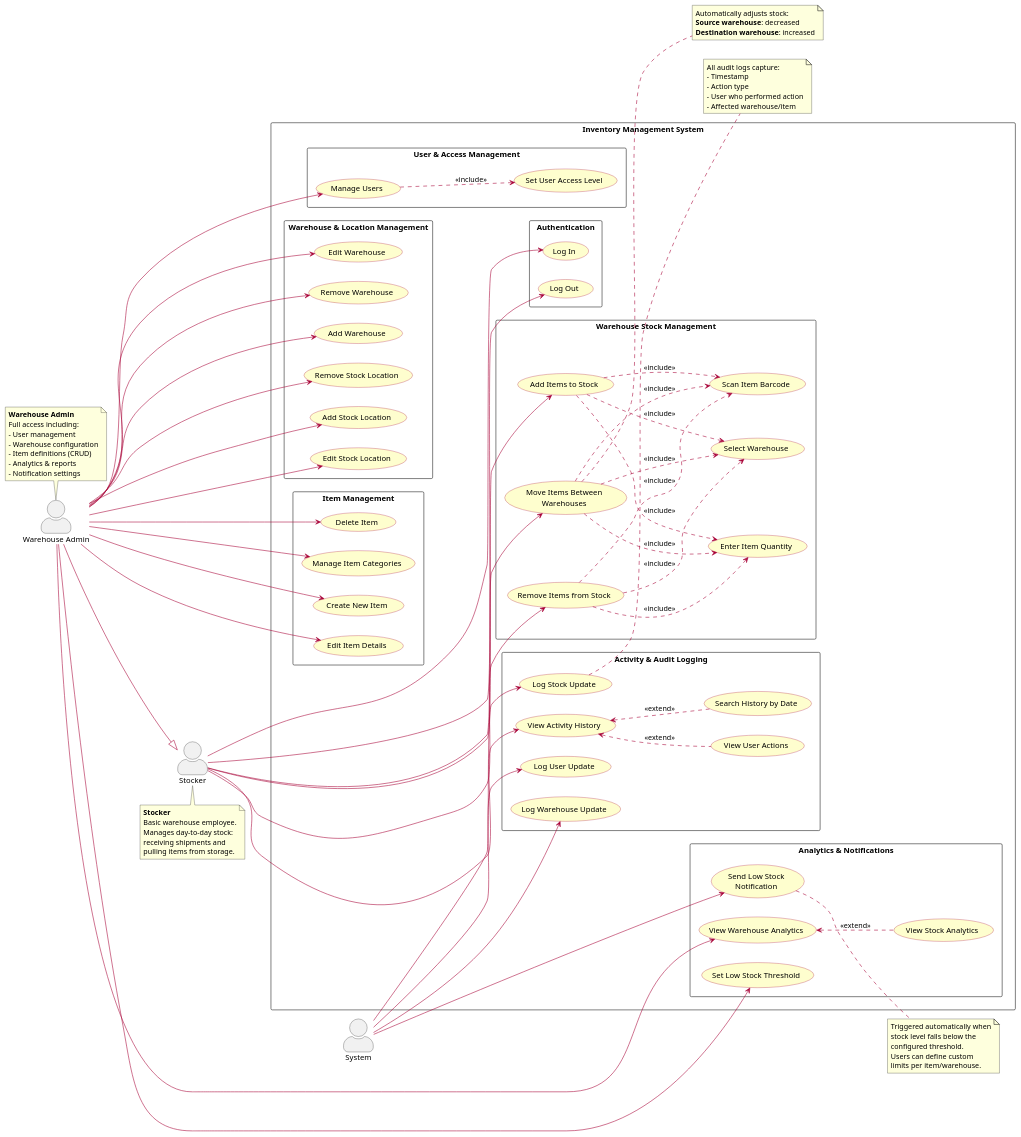
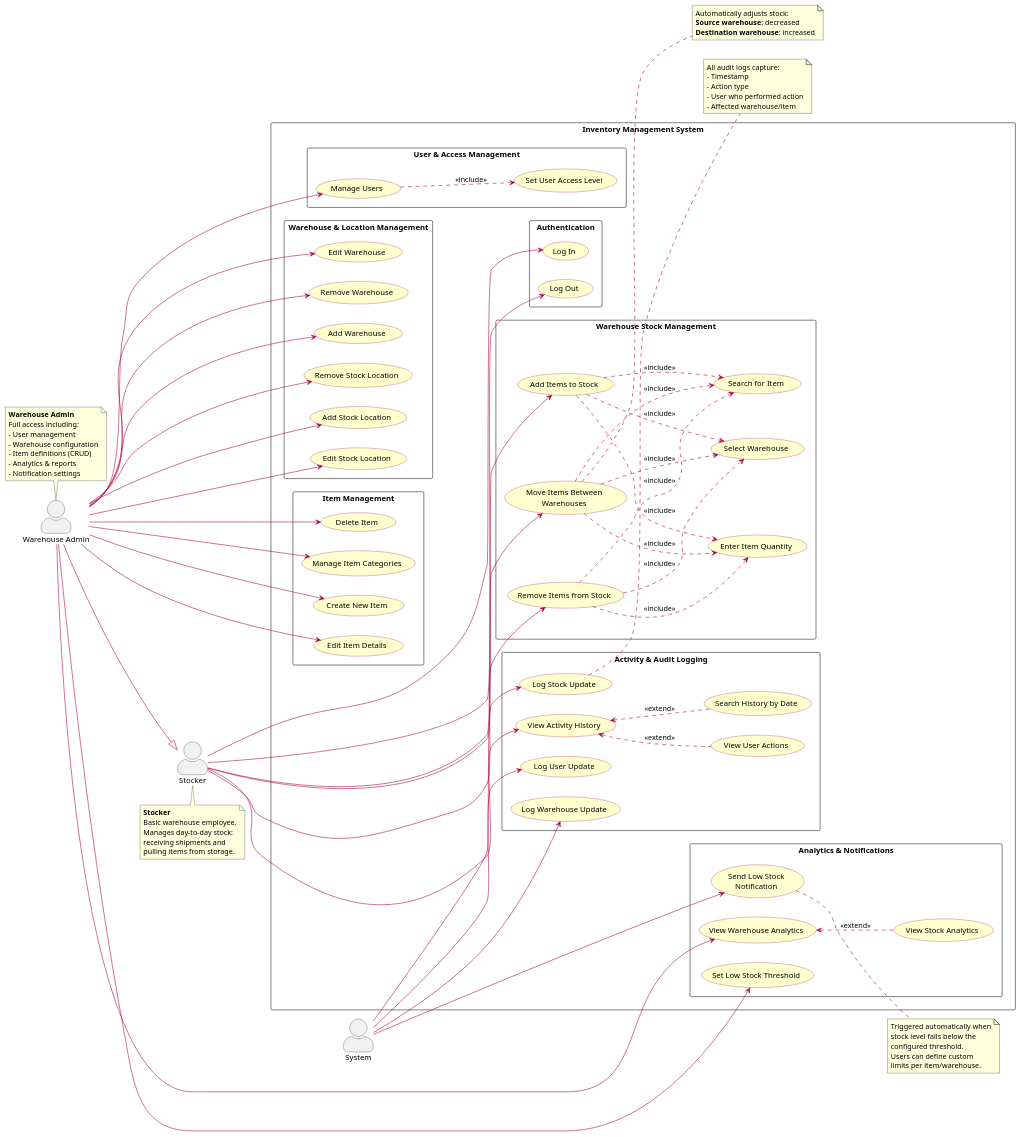
Before and after one commit to linhnt-98/inventory_app: the diagram in usecase_diagram.puml, drawn with PlantUML.

Commit message:
Update use case diagram to replace barcode scanning with item search functionality

```diff
--- a/usecase_diagram.puml
+++ b/usecase_diagram.puml
@@ -132,31 +132,31 @@
     ' Day-to-day operations: adding received shipments,
     ' removing items taken from the warehouse, and
     ' transferring stock between warehouses.
-    ' Barcode scanning speeds up item identification.
+    ' Users search for items by name/SKU to identify them.
     ' --------------------------------------------------------
     package "Warehouse Stock Management" {
         usecase "Add Items to Stock" as UC_AddStock
         usecase "Remove Items from Stock" as UC_RemoveStock
         usecase "Move Items Between\nWarehouses" as UC_MoveStock
         usecase "Select Warehouse" as UC_SelectWarehouse
-        usecase "Scan Item Barcode" as UC_ScanBarcode
+        usecase "Search for Item" as UC_SearchItem
         usecase "Enter Item Quantity" as UC_EnterQty
 
         ' Adding stock requires selecting a warehouse,
-        ' scanning the barcode, and entering a quantity.
+        ' searching for the item, and entering a quantity.
         UC_AddStock ..> UC_SelectWarehouse : <<include>>
-        UC_AddStock ..> UC_ScanBarcode : <<include>>
+        UC_AddStock ..> UC_SearchItem : <<include>>
         UC_AddStock ..> UC_EnterQty : <<include>>
 
         ' Removing stock follows the same steps.
         UC_RemoveStock ..> UC_SelectWarehouse : <<include>>
-        UC_RemoveStock ..> UC_ScanBarcode : <<include>>
+        UC_RemoveStock ..> UC_SearchItem : <<include>>
         UC_RemoveStock ..> UC_EnterQty : <<include>>
 
         ' Moving stock automatically increases the destination
         ' warehouse and decreases the source warehouse.
         UC_MoveStock ..> UC_SelectWarehouse : <<include>>
-        UC_MoveStock ..> UC_ScanBarcode : <<include>>
+        UC_MoveStock ..> UC_SearchItem : <<include>>
         UC_MoveStock ..> UC_EnterQty : <<include>>
     }
 
```
